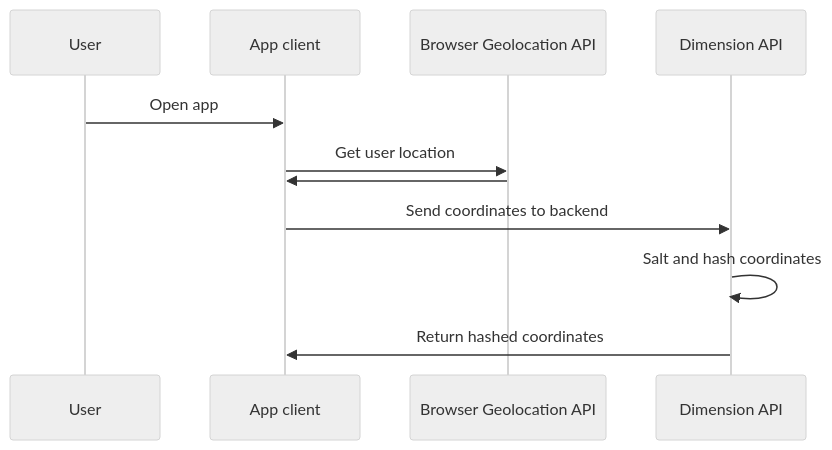
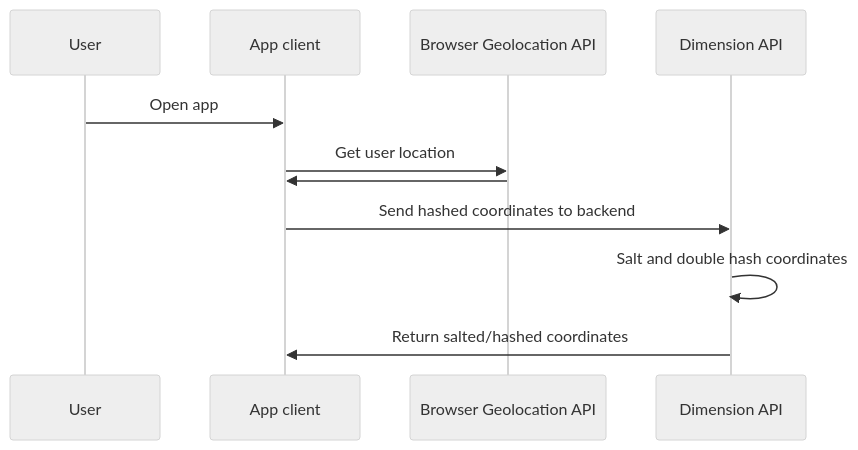
One commit to ScryVR/pocketdimension-docs changed the second of 4 diagrams in docs/documentation_src.md. Above: the diagram before and after it, drawn with Mermaid (neutral theme). The commit also changed other lines of this file, not shown here.

````diff
--- a/docs/documentation_src.md
+++ b/docs/documentation_src.md
@@ -84,14 +90,14 @@
 ```mermaid
 sequenceDiagram
   participant user as User
   participant client as App client
   participant gps as Browser Geolocation API
   participant did_api as Dimension API
   
   user->>client: Open app
   client->>gps: Get user location
     gps->>client: 
-  client->>did_api: Send coordinates to backend
-  did_api->>did_api: Salt and hash coordinates
-  did_api->>client: Return hashed coordinates
+  client->>did_api: Send hashed coordinates to backend
+  did_api->>did_api: Salt and double hash coordinates
+  did_api->>client: Return salted/hashed coordinates
 ```
````
